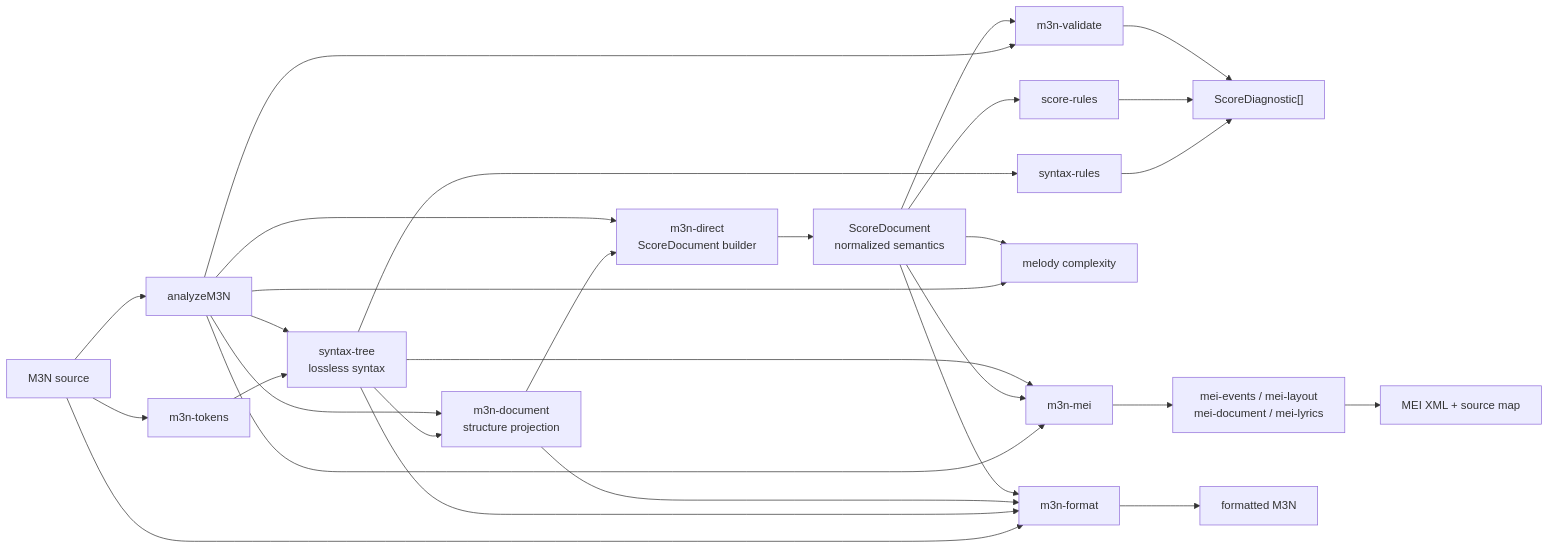
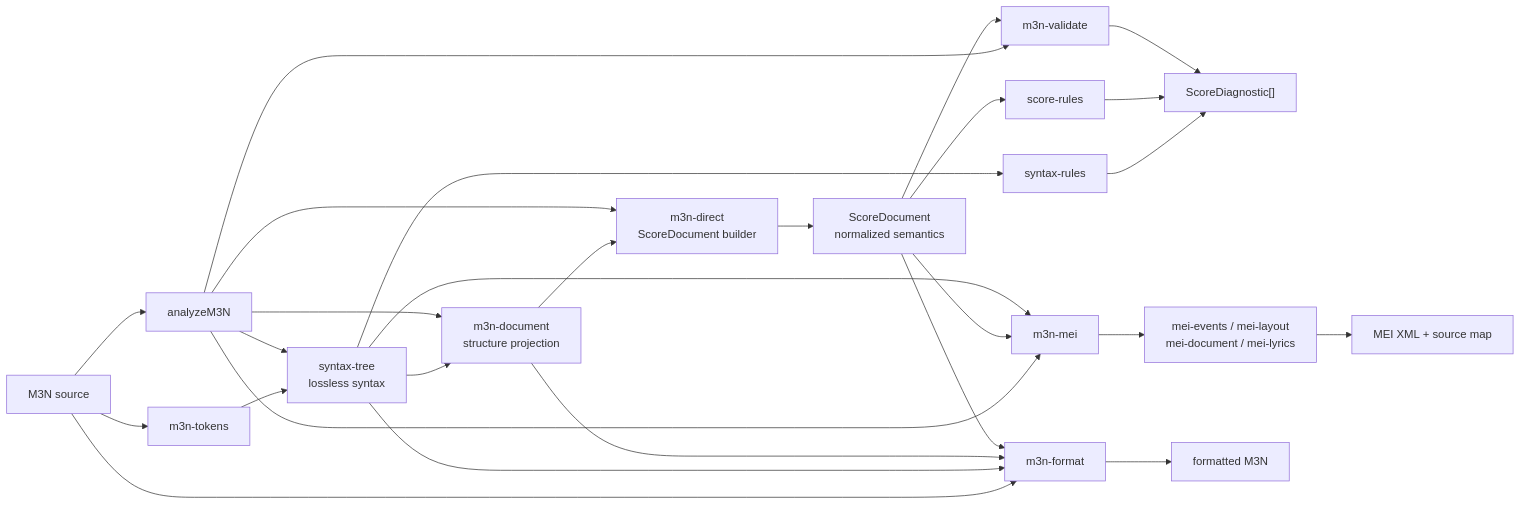
The third of 5 diagrams in docs/CODEGRAPH.md (huazhechen/m3n), drawn with Mermaid before and after one commit. The commit also changed other lines of this file and 15 other files, not shown here.

````diff
--- a/docs/CODEGRAPH.md
+++ b/docs/CODEGRAPH.md
@@ -77,40 +77,37 @@
 ```mermaid
 flowchart LR
   source["M3N source"]
   tokens["m3n-tokens"]
   syntax["syntax-tree<br/>lossless syntax"]
   projection["m3n-document<br/>structure projection"]
   direct["m3n-direct<br/>ScoreDocument builder"]
   score["ScoreDocument<br/>normalized semantics"]
   validation["m3n-validate"]
   syntaxRules["syntax-rules"]
   scoreRules["score-rules"]
   diagnostics["ScoreDiagnostic[]"]
   analysis["analyzeM3N"]
-  complexity["melody complexity"]
   mei["m3n-mei"]
   meiParts["mei-events / mei-layout<br/>mei-document / mei-lyrics"]
   xml["MEI XML + source map"]
   format["m3n-format"]
   formatted["formatted M3N"]
 
   source --> tokens --> syntax --> projection --> direct --> score
   source --> analysis
   analysis --> syntax
   analysis --> projection
   analysis --> direct
   analysis --> validation
-  analysis --> complexity
   analysis --> mei
   syntax --> syntaxRules --> diagnostics
   score --> scoreRules --> diagnostics
   score --> validation --> diagnostics
-  score --> complexity
   score --> mei
   syntax --> mei
   mei --> meiParts --> xml
   source --> format
   syntax --> format
   projection --> format
   score --> format --> formatted
 ```
````
